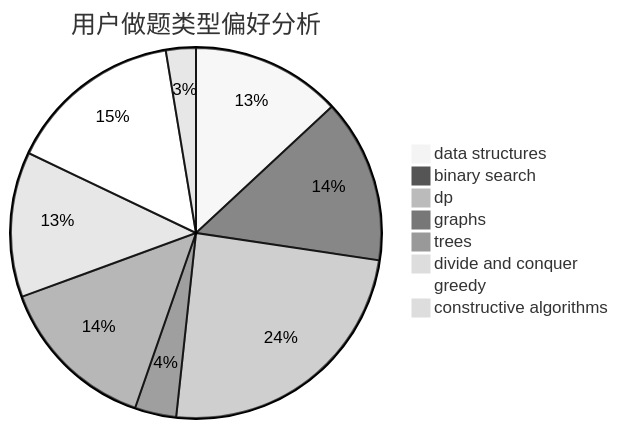
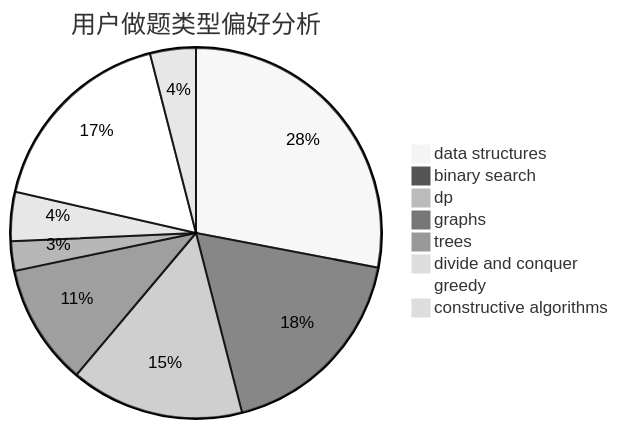
The second of 3 diagrams in docs/user/u187.md (sherpahu/cfrs.github.io), drawn with Mermaid (neutral theme) before and after one commit. The commit also changed other lines of this file and 2770 other files, not shown here.

````diff
--- a/docs/user/u187.md
+++ b/docs/user/u187.md
@@ -23,11 +23,11 @@
 ```mermaid
 pie title 用户做题类型偏好分析
-    "data structures" :  65
-    "binary search" :  71
-    "dp" :  121
-    "graphs" :  18
-    "trees" :  70
-    "divide and conquer" :  63
-    "greedy" :  76
-    "constructive algorithms" :  13
+    "data structures" :  98
+    "binary search" :  63
+    "dp" :  53
+    "graphs" :  37
+    "trees" :  9
+    "divide and conquer" :  15
+    "greedy" :  61
+    "constructive algorithms" :  14
 ```
````
